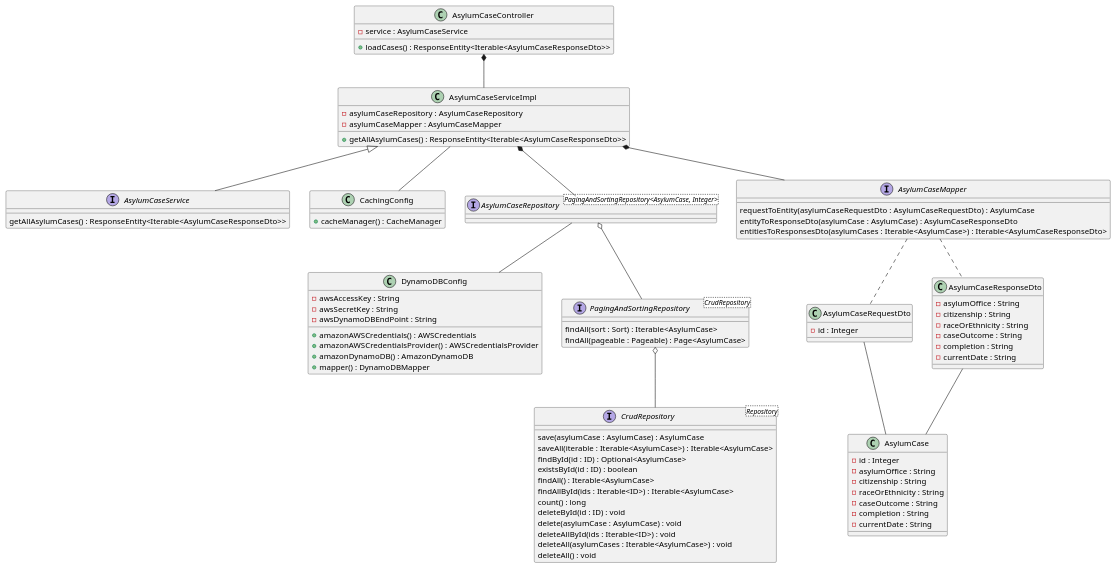
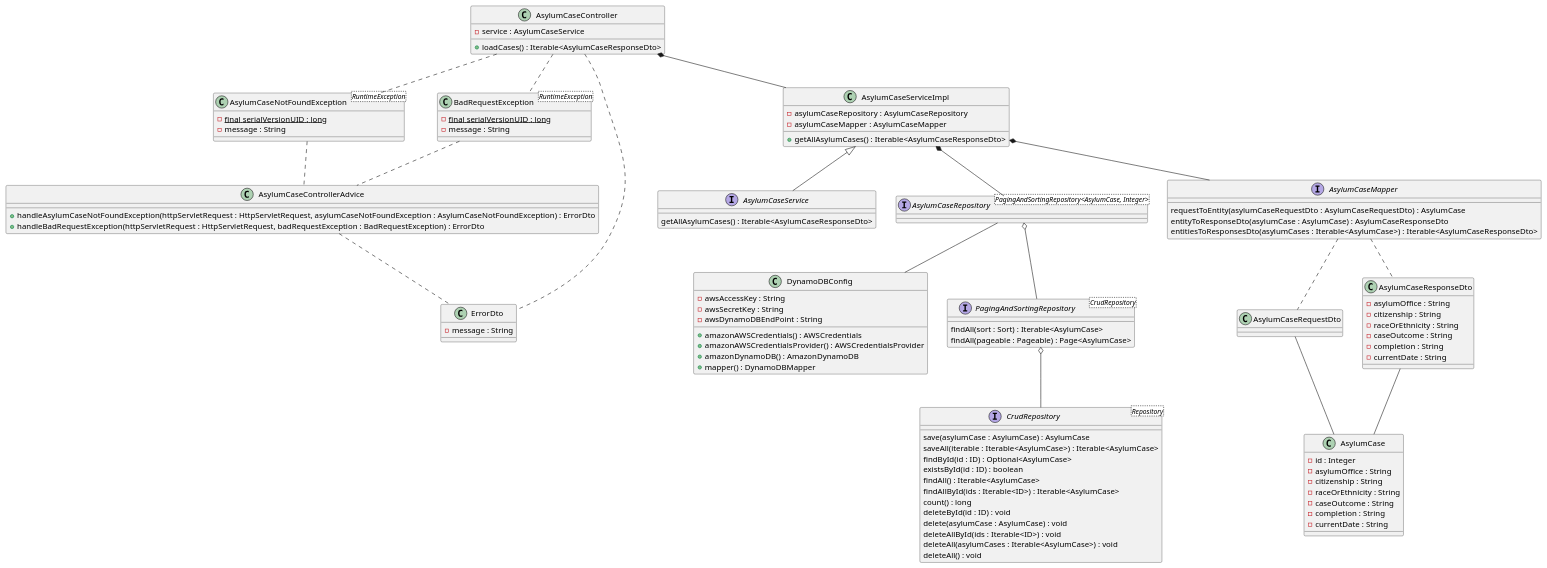
One commit to BloomTech-Labs/asylum-rg-be-a changed the diagram in RELEASE_1_CD.puml. Above: the diagram before and after it, drawn with PlantUML. The commit also changed 9 other files, not shown here.

Commit message:
Diagram updated for exception handling and class created

```diff
--- a/RELEASE_1_CD.puml
+++ b/RELEASE_1_CD.puml
@@ -1,117 +1,139 @@
 @startuml
 
 'End point mappings
 class AsylumCaseController {
     - service : AsylumCaseService
-    + loadCases() : ResponseEntity<Iterable<AsylumCaseResponseDto>>
+    + loadCases() : Iterable<AsylumCaseResponseDto>
+}
+
+class AsylumCaseControllerAdvice {
+    + handleAsylumCaseNotFoundException(httpServletRequest : HttpServletRequest, asylumCaseNotFoundException : AsylumCaseNotFoundException) : ErrorDto
+    + handleBadRequestException(httpServletRequest : HttpServletRequest, badRequestException : BadRequestException) : ErrorDto
+}
+
+class AsylumCaseNotFoundException<RuntimeException> {
+    - {static} final serialVersionUID : long
+    - message : String
+}
+
+class BadRequestException<RuntimeException> {
+    - {static} final serialVersionUID : long
+    - message : String
 }
 
 
 'Add cache config Annotations in service
 interface AsylumCaseService {
-    getAllAsylumCases() : ResponseEntity<Iterable<AsylumCaseResponseDto>>
+    getAllAsylumCases() : Iterable<AsylumCaseResponseDto>
 }
 
 class AsylumCaseServiceImpl {
     - asylumCaseRepository : AsylumCaseRepository
     - asylumCaseMapper : AsylumCaseMapper
-    + getAllAsylumCases() : ResponseEntity<Iterable<AsylumCaseResponseDto>>
+    + getAllAsylumCases() : Iterable<AsylumCaseResponseDto>
+
 }
 
 'Config for DynamoDB
 class DynamoDBConfig {
     - awsAccessKey : String
     - awsSecretKey : String
     - awsDynamoDBEndPoint : String
     + amazonAWSCredentials() : AWSCredentials
     + amazonAWSCredentialsProvider() : AWSCredentialsProvider
     + amazonDynamoDB() : AmazonDynamoDB
     + mapper() : DynamoDBMapper
-}
-
-'Config to enable caching
-class CachingConfig {
-    + cacheManager() : CacheManager
 }
 
 'repo for DynamoDB calls
 interface AsylumCaseRepository <PagingAndSortingRepository<AsylumCase, Integer>>
 
 'Entity for data model
 class AsylumCase {
     - id : Integer
     - asylumOffice : String
     - citizenship : String
     - raceOrEthnicity : String
     - caseOutcome : String
     - completion : String
     - currentDate : String
 }
 
+class ErrorDto {
+    - message : String
+}
+
 class AsylumCaseRequestDto {
-    - id : Integer
+
 }
 
 class AsylumCaseResponseDto {
     - asylumOffice : String
     - citizenship : String
     - raceOrEthnicity : String
     - caseOutcome : String
     - completion : String
     - currentDate : String
 }
 
 ' Part of the  MapStruct dependency
 interface AsylumCaseMapper {
     requestToEntity(asylumCaseRequestDto : AsylumCaseRequestDto) : AsylumCase
     entityToResponseDto(asylumCase : AsylumCase) : AsylumCaseResponseDto
     entitiesToResponsesDto(asylumCases : Iterable<AsylumCase>) : Iterable<AsylumCaseResponseDto>
 }
 
 'Not owned classes & interfaces
 interface PagingAndSortingRepository <CrudRepository> {
     findAll(sort : Sort) : Iterable<AsylumCase>
     findAll(pageable : Pageable) : Page<AsylumCase>
 }
 
 interface CrudRepository <Repository> {
     save(asylumCase : AsylumCase) : AsylumCase
     saveAll(iterable : Iterable<AsylumCase>) : Iterable<AsylumCase>
     findById(id : ID) : Optional<AsylumCase>
     existsById(id : ID) : boolean
     findAll() : Iterable<AsylumCase>
     findAllById(ids : Iterable<ID>) : Iterable<AsylumCase>
     count() : long
     deleteById(id : ID) : void
     delete(asylumCase : AsylumCase) : void
     deleteAllById(ids : Iterable<ID>) : void
     deleteAll(asylumCases : Iterable<AsylumCase>) : void
     deleteAll() : void
 }
 
 AsylumCaseController *-- AsylumCaseServiceImpl
+AsylumCaseController .. AsylumCaseNotFoundException
+AsylumCaseController .. BadRequestException
+AsylumCaseController .. ErrorDto
+
+AsylumCaseNotFoundException .. AsylumCaseControllerAdvice
+BadRequestException .. AsylumCaseControllerAdvice
+
+AsylumCaseControllerAdvice .. ErrorDto
 
 AsylumCaseServiceImpl <|-- AsylumCaseService
 AsylumCaseServiceImpl *-- AsylumCaseRepository
 AsylumCaseServiceImpl *-- AsylumCaseMapper
-AsylumCaseServiceImpl -- CachingConfig
 
 
 AsylumCaseMapper .. AsylumCaseRequestDto
 AsylumCaseMapper .. AsylumCaseResponseDto
 
 AsylumCaseRequestDto -- AsylumCase
 
 AsylumCaseResponseDto -- AsylumCase
 
 AsylumCaseRepository  o-- PagingAndSortingRepository
 AsylumCaseRepository -- DynamoDBConfig
 
 PagingAndSortingRepository  o-- CrudRepository
 
 'Extension/
 'Association <|-- (owner <|-- pet) Implements
 'Composition *-- (pet *-- leg) Instantiation (part of)
 'Aggregation (car o-- wheel) Extends (has a)
 
 @enduml
```
